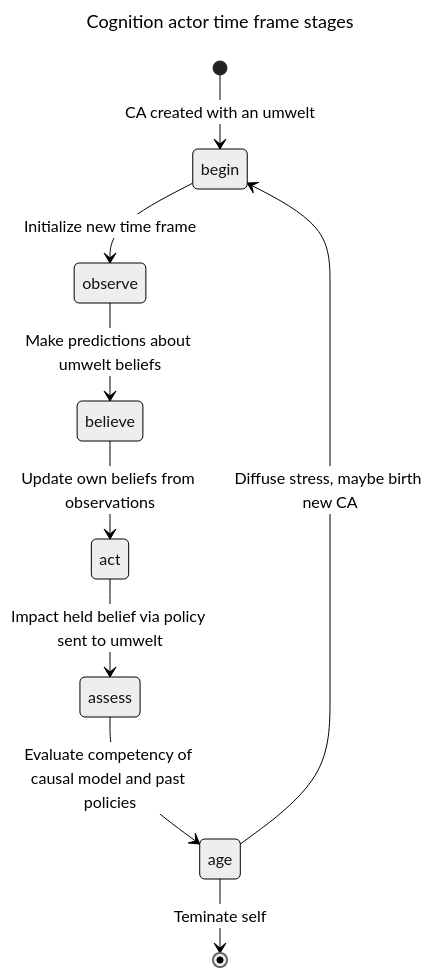
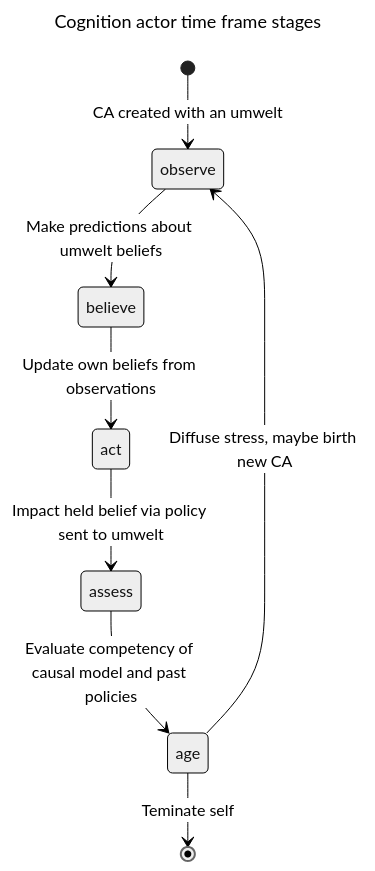
Before and after one commit to jfcloutier/karma_system: the diagram in design_notes/cognition_actors.md, drawn with Mermaid (neutral theme). The commit also changed other lines of this file, not shown here.

Commit message:
Updated notes on CA phases

````diff
--- a/design_notes/cognition_actors.md
+++ b/design_notes/cognition_actors.md
@@ -131,15 +130,14 @@
 ```mermaid
 ---
 title: Cognition actor time frame stages
 ---
 stateDiagram-v2
-    [*] --> begin: CA created with an umwelt
-    begin --> observe: Initialize new time frame
+    [*] --> observe: CA created with an umwelt
 
     observe --> believe: Make predictions about umwelt beliefs
     believe --> act: Update own beliefs from observations
     act --> assess: Impact held belief via policy sent to umwelt
     assess --> age: Evaluate competency of causal model and past policies
-    age --> begin: Diffuse stress, maybe birth new CA
+    age --> observe: Diffuse stress, maybe birth new CA
     age --> [*]: Teminate self
 ```
````
